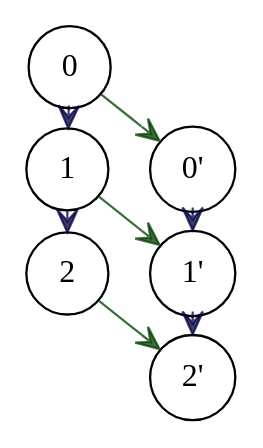
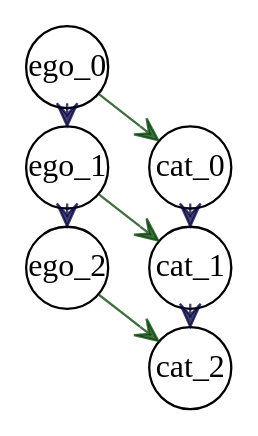
One commit to mfixman/Tesis changed the diagram in Tesis/figures/mlrelationships.dot. Above: the diagram before and after it, drawn with Graphviz. The commit also changed other lines of this file and 3 other files, not shown here.

Commit message:
Changing labels for extraction method figure.

```diff
--- a/Tesis/figures/mlrelationships.dot
+++ b/Tesis/figures/mlrelationships.dot
@@ -1,36 +1,38 @@
 digraph G {
 	ratio = "compress"
 	ranksep = 0
 	
-	node[shape=circle]
+	node[shape=circle, fixedsize = true]
 	edge[arrowhead="vee"]
 
-	0; 1; 2;
+	0[label = "ego_0", shape = circle]
+	1[label = "ego_1"]
+	2[label = "ego_2"]
 
-	d0p[label = "0'"]
-	d1p[label = "1'"]
-	d2p[label = "2'"]
+	d0p[label = "cat_0"]
+	d1p[label = "cat_1"]
+	d2p[label = "cat_2"]
 
 	inv0[style = "invis", label = ""]
 	inv2[style = "invis", label = ""]
 
 	{rank = source; 0; inv0}
 	{rank = same; 1; d0p}
 	{rank = same; 2; d1p}
 	{rank = sink; inv2; d2p}
 
 	edge[color="#004000C0"]
 	0 -> d0p
 	1 -> d1p
 	2 -> d2p
 
 	edge[color="#000040C0"]
 	0 -> 1
 	1 -> 2
 	d0p -> d1p
 	d1p -> d2p
 
 	edge[style = "invis"]
 	inv0 -> d0p
 	2 -> inv2
 }
```
